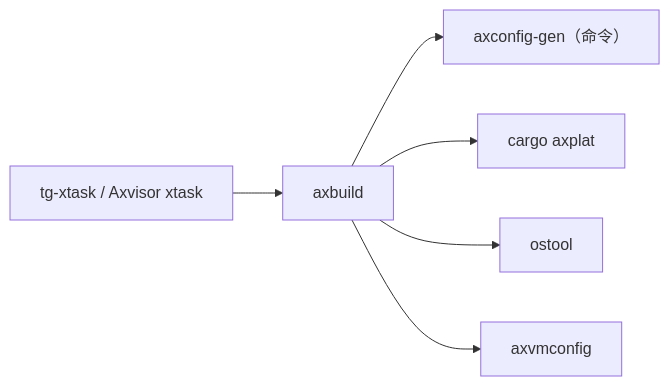
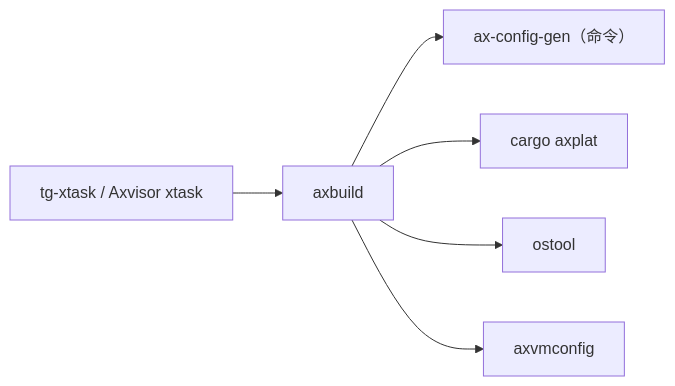
One commit to zKurisu/tgoskits changed the second of 2 diagrams in docs/crates/axbuild.md. Above: the diagram before and after it, drawn with Mermaid. The commit also changed other lines of this file and 47 other files, not shown here.

Commit message:
rename axconfig-gen to ax-config-gen

````diff
--- a/docs/crates/axbuild.md
+++ b/docs/crates/axbuild.md
@@ -112,8 +112,8 @@
 ```mermaid
 graph LR
     xtask["tg-xtask / Axvisor xtask"] --> axbuild["axbuild"]
-    axbuild --> axconfig_gen["axconfig-gen（命令）"]
+    axbuild --> ax_config_gen["ax-config-gen（命令）"]
     axbuild --> cargo_axplat["cargo axplat"]
     axbuild --> ostool["ostool"]
     axbuild --> axvmconfig["axvmconfig"]
 ```
````
